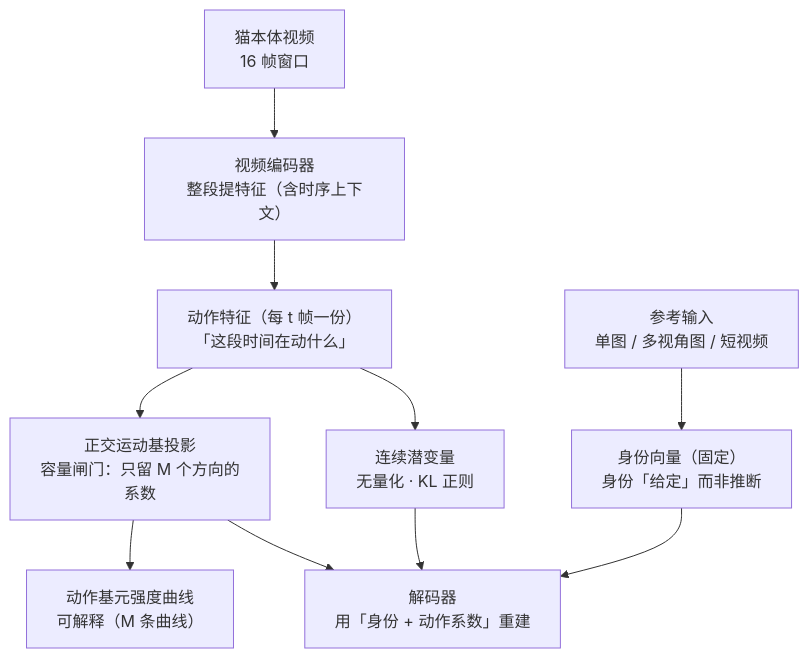
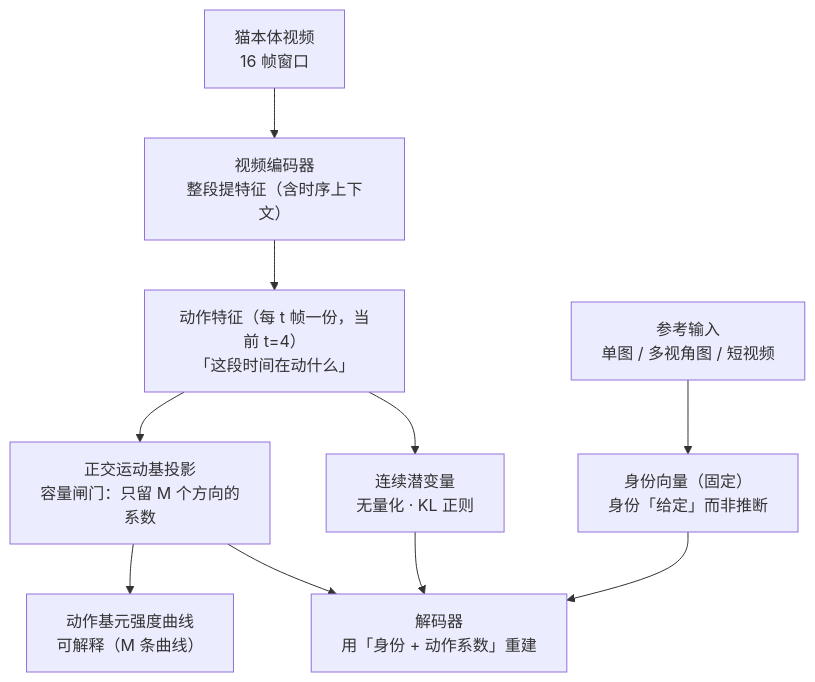
The third of 4 diagrams in management/docs/architecture.md (gongshangzheng/pet-action-recognition), drawn with Mermaid before and after one commit. The commit also changed other lines of this file and 2 other files, not shown here.

First line of the commit message:
docs(architecture): v8 实施完成——④⑤⑥ 动作理解大框 + §6 自研/现成两路线 + C36 登记（tasks 3.1–3.5）

````diff
--- a/management/docs/architecture.md
+++ b/management/docs/architecture.md
@@ -262,14 +255,14 @@
 ```mermaid
 flowchart TD
     M1[猫本体视频<br/>16 帧窗口] --> M2["视频编码器<br/>整段提特征（含时序上下文）"]
-    M2 --> M5["动作特征（每 t 帧一份）<br/>「这段时间在动什么」"]
+    M2 --> M5["动作特征（每 t 帧一份，当前 t=4）<br/>「这段时间在动什么」"]
 
     M5 --> M7["正交运动基投影<br/>容量闸门：只留 M 个方向的系数"]
     M7 --> M8["动作基元强度曲线<br/>可解释（M 条曲线）"]
 
     M5 --> M6[连续潜变量<br/>无量化 · KL 正则]
     M6 --> M9["解码器<br/>用「身份 + 动作系数」重建"]
     R1["参考输入<br/>单图 / 多视角图 / 短视频"] --> M10["身份向量（固定）<br/>身份「给定」而非推断"]
     M10 --> M9
     M7 --> M9
 ```
````
